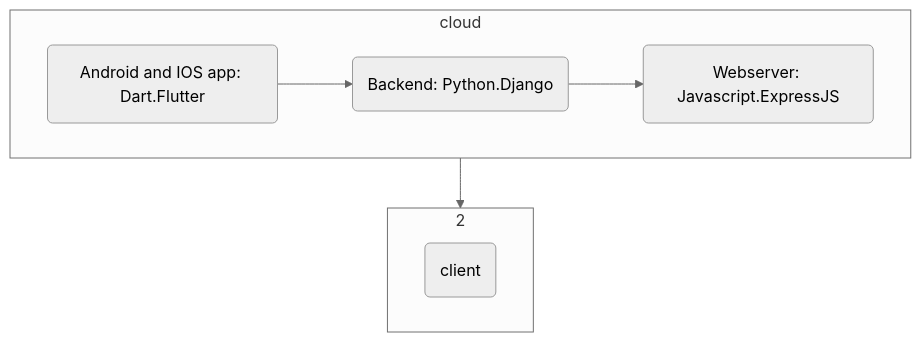
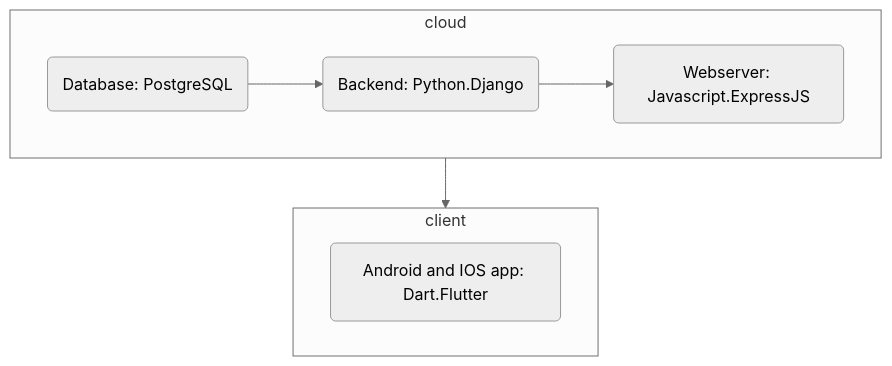
Before and after one commit to Fatihmaull/lokalii: the second of 2 diagrams in job-interview.md, drawn with Mermaid (neutral theme).

````diff
--- a/job-interview.md
+++ b/job-interview.md
@@ -84,15 +84,14 @@
 ```mermaid
 flowchart TD
   subgraph cloud
 
   a(Database: PostgreSQL)-->b(Backend: Python.Django)-->c(Webserver: Javascript.ExpressJS)
   end
 
-  subgraph 2
-  id1(client)
-  a(Android and IOS app: Dart.Flutter)
+  subgraph client
+  id1(Android and IOS app: Dart.Flutter)
   end
 
-  cloud-->2
+  cloud-->client
 
 ```
````
